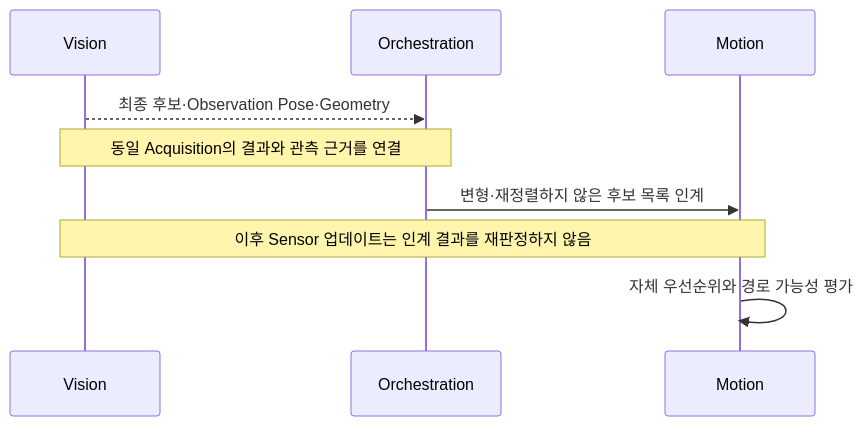
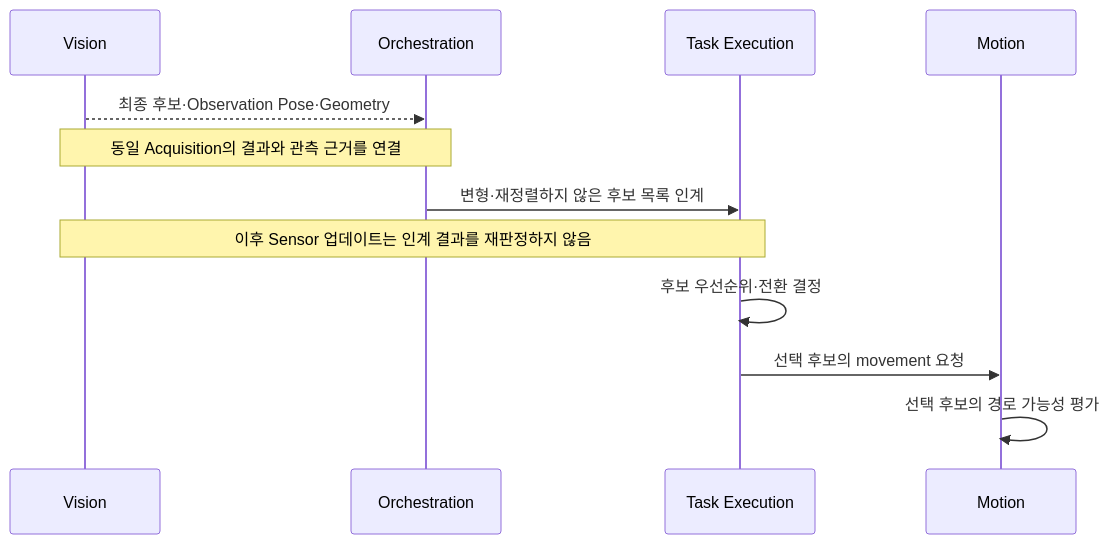
The second of 2 diagrams in docs/design/components/vision/fds-detect-target.md (dev-kibeom/sftwin-arm-cell), drawn with Mermaid before and after one commit. The commit also changed other lines of this file and 33 other files, not shown here.

````diff
--- a/docs/design/components/vision/fds-detect-target.md
+++ b/docs/design/components/vision/fds-detect-target.md
@@ -61,11 +62,14 @@
 ```mermaid
 sequenceDiagram
     participant Vision
     participant Orch as Orchestration
+    participant Task as Task Execution
     participant Motion
     Vision-->>Orch: 최종 후보·Observation Pose·Geometry
     Note over Vision,Orch: 동일 Acquisition의 결과와 관측 근거를 연결
-    Orch->>Motion: 변형·재정렬하지 않은 후보 목록 인계
-    Note over Vision,Motion: 이후 Sensor 업데이트는 인계 결과를 재판정하지 않음
-    Motion->>Motion: 자체 우선순위와 경로 가능성 평가
+    Orch->>Task: 변형·재정렬하지 않은 후보 목록 인계
+    Note over Vision,Task: 이후 Sensor 업데이트는 인계 결과를 재판정하지 않음
+    Task->>Task: 후보 우선순위·전환 결정
+    Task->>Motion: 선택 후보의 movement 요청
+    Motion->>Motion: 선택 후보의 경로 가능성 평가
 ```
````
